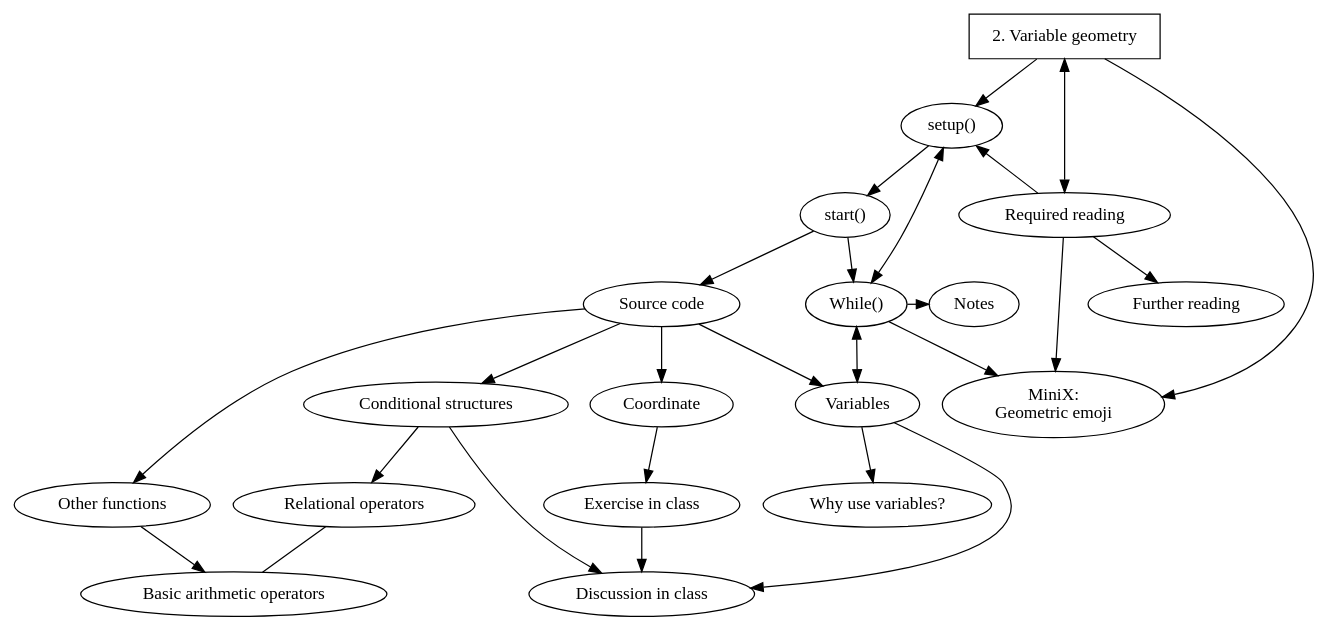
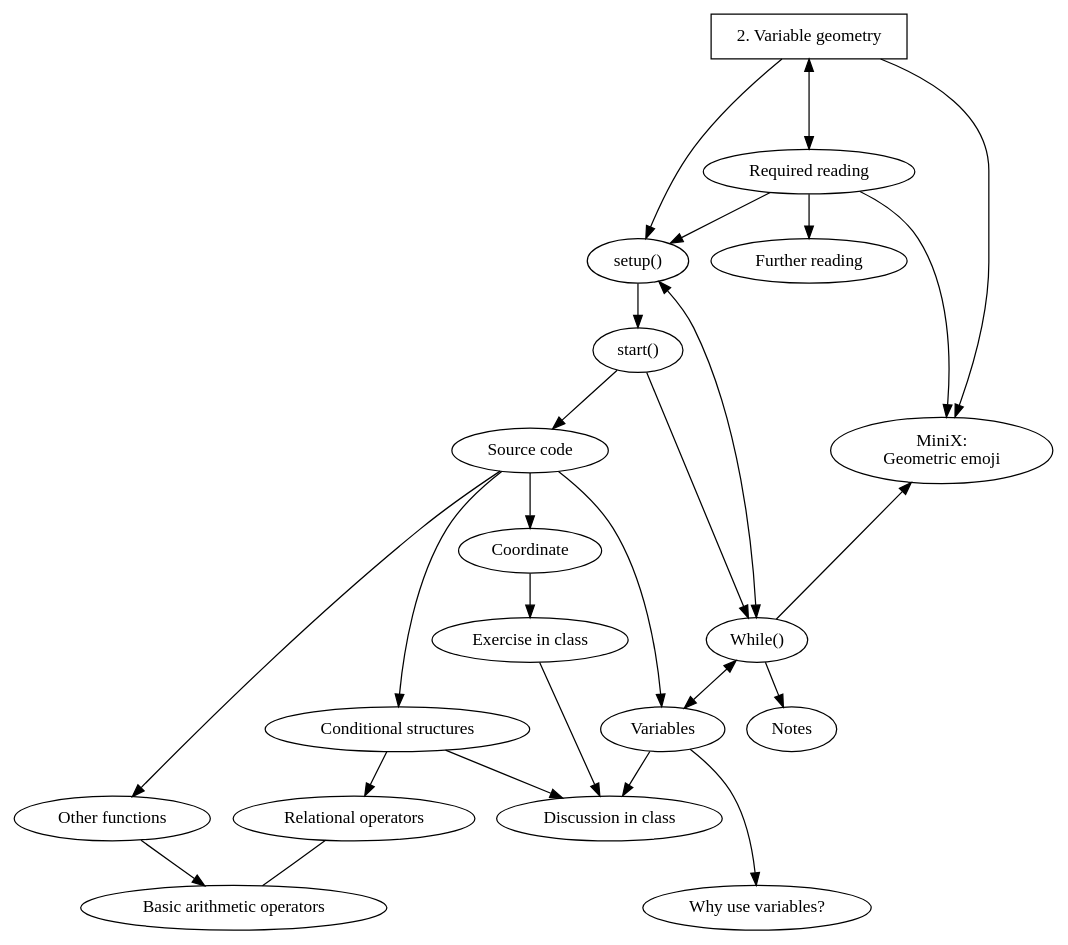
The diagram in graphviz/AP_ch2.dot (danbz/aesthetic-programming), drawn with Graphviz before and after one commit. The commit also changed 1 other file, not shown here.

Commit message:
update graphviz ch.2 - more vertical"

```diff
--- a/graphviz/AP_ch2.dot
+++ b/graphviz/AP_ch2.dot
@@ -1,51 +1,54 @@
 digraph G {
 
 node[fontname="Hershey-Noailles-help-me"]
 
 //labels
 GS [
-label="2. Variable geometry",
+label=" 2. Variable geometry",
 style=bold,
 shape=rectangle,
 penwidth="1pt"
 ]
 
 SU [label="setup()"]
 ST [label="start()"]
 SC [label="Source code"]
 CO [label="Coordinate"]
 EiC [label="Exercise in class"]
 VB [label="Variables"]
 YVB [label="Why use variables?"]
 OF [label="Other functions"]
 BAO [label="Basic arithmetic operators"]
 CS [label="Conditional structures"]
 RO [label="Relational operators"]
 DiC [label="Discussion in class"]
 MW [label="While()"]
 MX [label="MiniX: \nGeometric emoji"]
 RR [label="Required reading"]
 FR [label="Further reading"]
 Notes [label="Notes"]
 
 //rank
-{rank = same; MW, Notes}
-{rank = same; ST, RR}
+{rank = same; MW, EiC}
+{rank = same; SC, MX}
+{rank = same; OF, DiC}
 
 //graph
 GS -> MX;
-GS -> RR[dir=both];
+GS -> RR[dir=both, minlen=2];
 SU -> MW [dir=both];
 MW -> VB[dir=both];
 RO -> BAO[dir=none];
 GS -> SU -> ST -> SC;
 SC -> CO -> EiC;
-SC -> VB -> YVB;
+SC -> VB;
+VB -> YVB[minlen=2];
 SC -> OF -> BAO;
-SC -> CS -> RO;
+SC -> CS[minlen=2];
+CS -> RO ;
 EiC, VB, CS -> DiC;
 ST -> MW -> Notes;
 MW -> MX;
 RR -> MX, SU;
 RR -> FR;
 }
```
